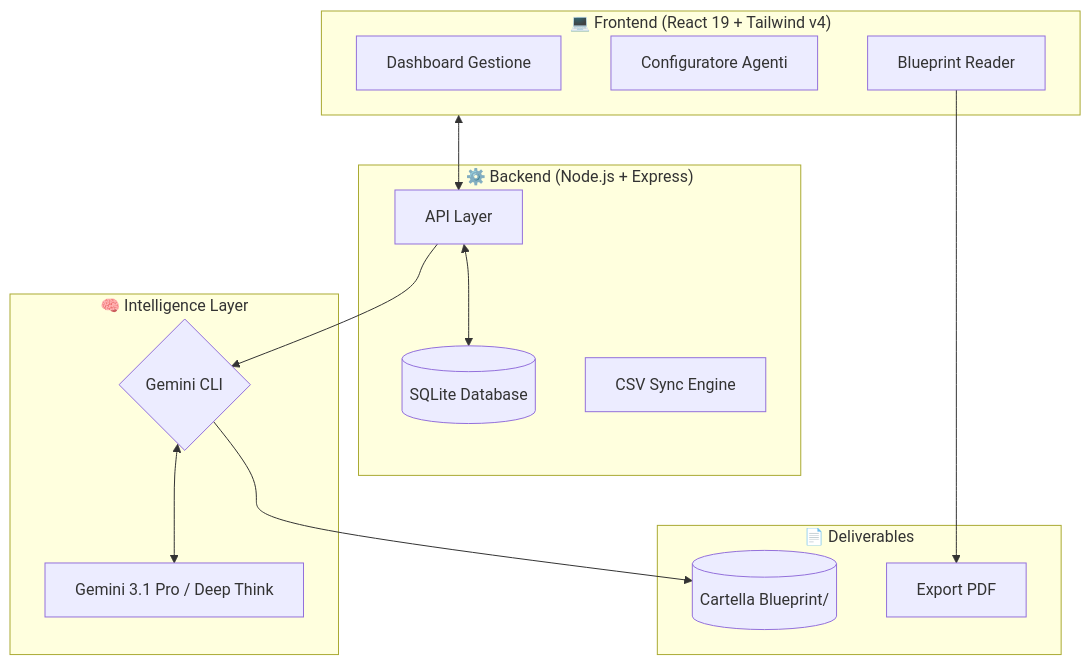
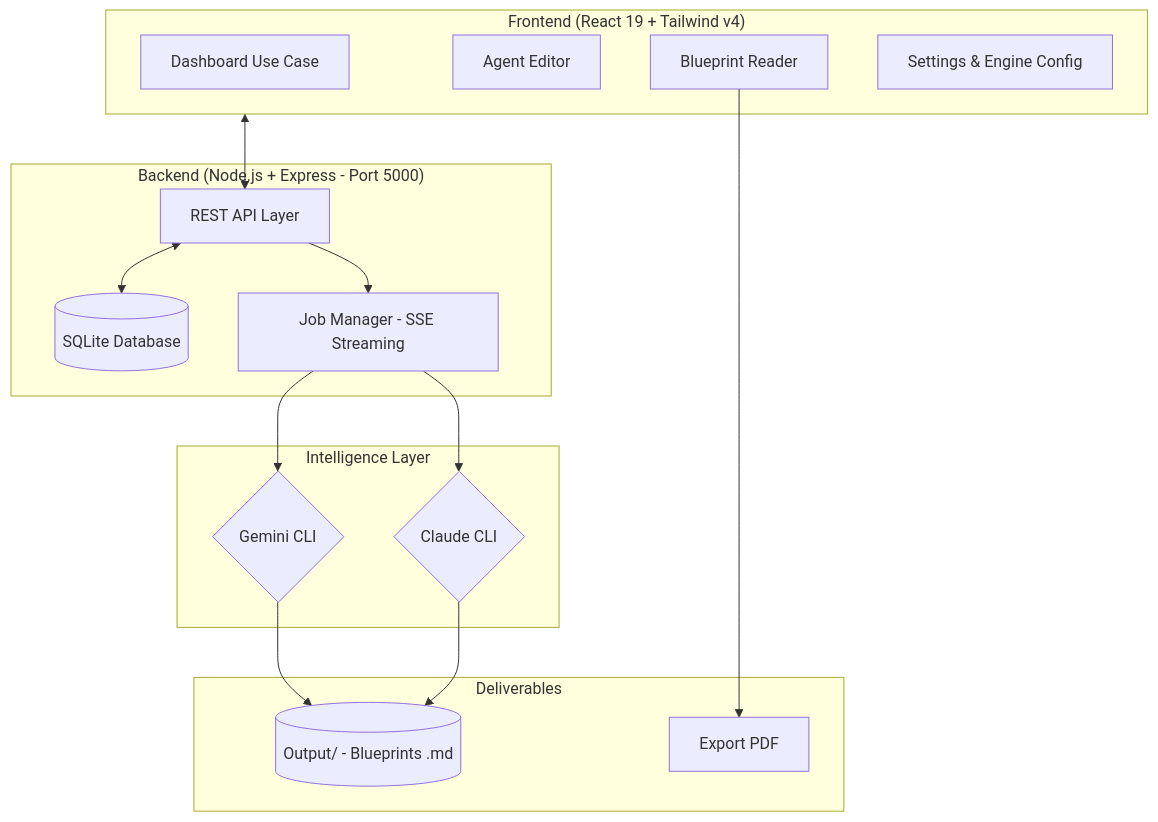
The diagram in README.md (carmelobattiato/Generatore-Blueprint-GenAI), drawn with Mermaid before and after one commit. The commit also changed other lines of this file and 31 other files, not shown here.

````diff
--- a/README.md
+++ b/README.md
@@ -16,31 +18,34 @@
 ```mermaid
 flowchart TD
-    subgraph Client ["💻 Frontend (React 19 + Tailwind v4)"]
-        A[Dashboard Gestione]
-        B[Configuratore Agenti]
+    subgraph Client ["Frontend (React 19 + Tailwind v4)"]
+        A[Dashboard Use Case]
+        B[Agent Editor]
         C[Blueprint Reader]
+        D[Settings & Engine Config]
     end
 
-    subgraph Server ["⚙️ Backend (Node.js + Express)"]
-        D[API Layer]
-        E[(SQLite Database)]
-        F[CSV Sync Engine]
+    subgraph Server ["Backend (Node.js + Express - Port 5000)"]
+        E[REST API Layer]
+        F[(SQLite Database)]
+        G[Job Manager - SSE Streaming]
     end
 
-    subgraph AI_Engine ["🧠 Intelligence Layer"]
-        G{Gemini CLI}
-        H[Gemini 3.1 Pro / Deep Think]
+    subgraph AI_Engine ["Intelligence Layer"]
+        H{Gemini CLI}
+        I{Claude CLI}
     end
 
-    subgraph Output ["📄 Deliverables"]
-        I[(Cartella Blueprint/)]
-        J[Export PDF]
+    subgraph Output ["Deliverables"]
+        J[(Output/ - Blueprints .md)]
+        K[Export PDF]
     end
 
-    Client <--> D
-    D <--> E
-    D --> G
-    G <--> H
+    Client <--> E
+    E <--> F
+    E --> G
+    G --> H
     G --> I
-    C --> J
+    H --> J
+    I --> J
+    C --> K
 ```
````
